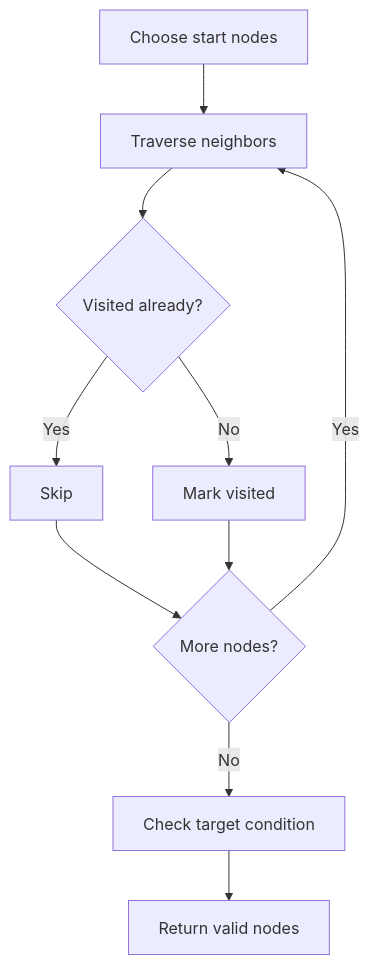
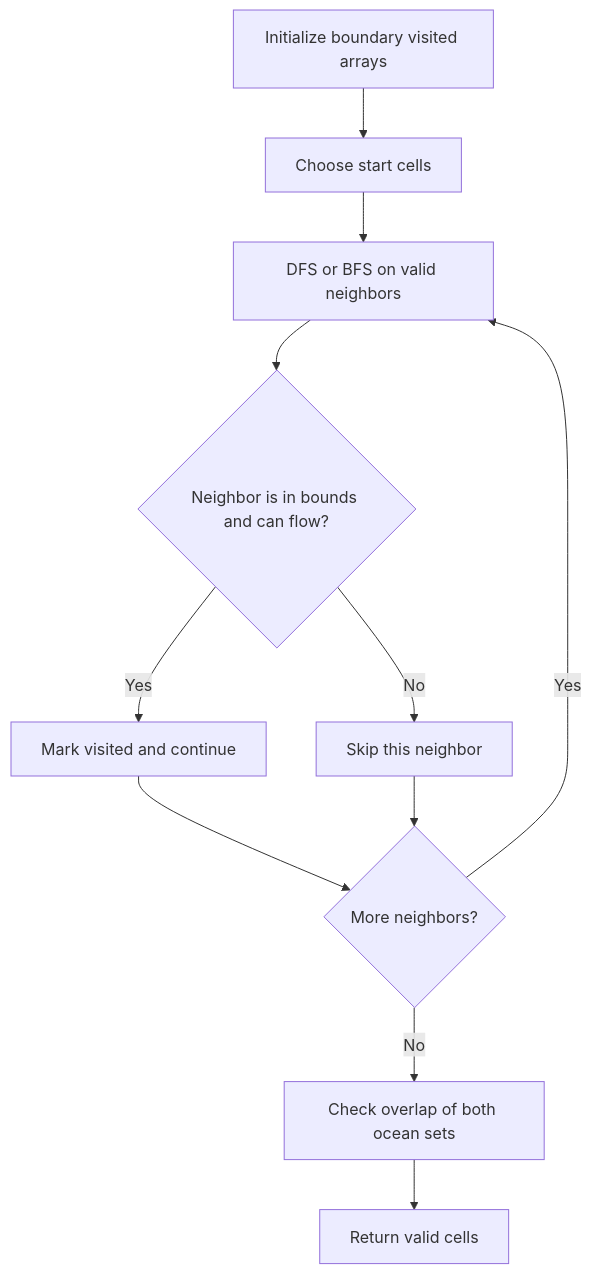
One commit to keshav-poojary/Leetcode changed the diagram in NeetCode-Submissions/14-graph/04-rotten-oranges/readme.md. Above: the diagram before and after it, drawn with Mermaid. The commit also changed 105 other files, not shown here.

Commit message:
Add NeetCode README docs with mermaid diagrams

````diff
--- a/NeetCode-Submissions/14-graph/04-rotten-oranges/readme.md
+++ b/NeetCode-Submissions/14-graph/04-rotten-oranges/readme.md
@@ -34,12 +34,13 @@
 ```mermaid
 flowchart TD
-    A[Choose start nodes] --> B[Traverse neighbors]
-    B --> C{Visited already?}
-    C -- Yes --> D[Skip]
-    C -- No --> E[Mark visited]
-    D --> F{More nodes?}
-    E --> F
-    F -- Yes --> B
-    F -- No --> G[Check target condition]
-    G --> H[Return valid nodes]
+    A[Initialize boundary visited arrays] --> B[Choose start cells]
+    B --> C[DFS or BFS on valid neighbors]
+    C --> D{Neighbor is in bounds and can flow?}
+    D -- Yes --> E[Mark visited and continue]
+    D -- No --> F[Skip this neighbor]
+    E --> G{More neighbors?}
+    F --> G
+    G -- Yes --> C
+    G -- No --> H[Check overlap of both ocean sets]
+    H --> I[Return valid cells]
 ```
````
